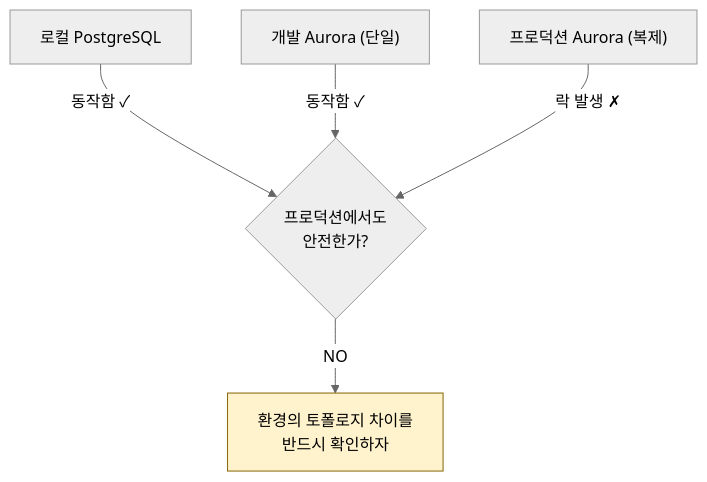
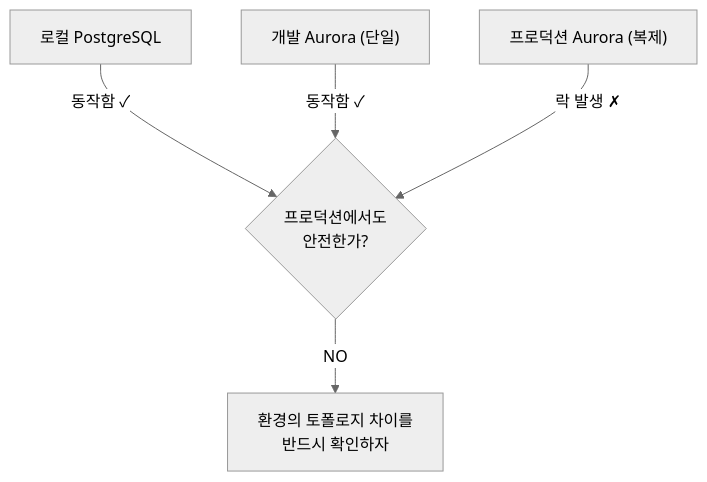
Before and after one commit to Gyubster/til: the fourth of 4 diagrams in _posts/2025-04-10-aurora-db-마이그레이션-락킹-이슈.md, drawn with Mermaid (neutral theme). The commit also changed other lines of this file and 13 other files, not shown here.

Commit message:
Mermaid 렌더링 수정: subgraph style 명령 제거

````diff
--- a/_posts/2025-04-10-aurora-db-마이그레이션-락킹-이슈.md
+++ b/_posts/2025-04-10-aurora-db-마이그레이션-락킹-이슈.md
@@ -109,8 +107,7 @@
 ```mermaid
 flowchart TD
     A["로컬 PostgreSQL"] -->|"동작함 ✓"| D{프로덕션에서도<br>안전한가?}
     B["개발 Aurora (단일)"] -->|"동작함 ✓"| D
     C["프로덕션 Aurora (복제)"] -->|"락 발생 ✗"| D
     D -->|"NO"| E["환경의 토폴로지 차이를<br>반드시 확인하자"]
-    style E fill:#fff3cd,stroke:#856404
 ```
````
